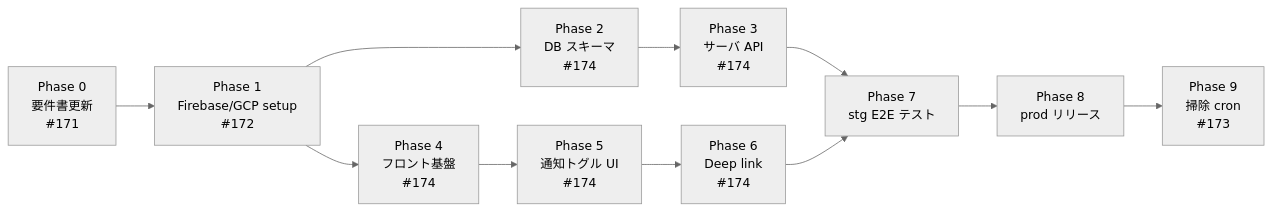
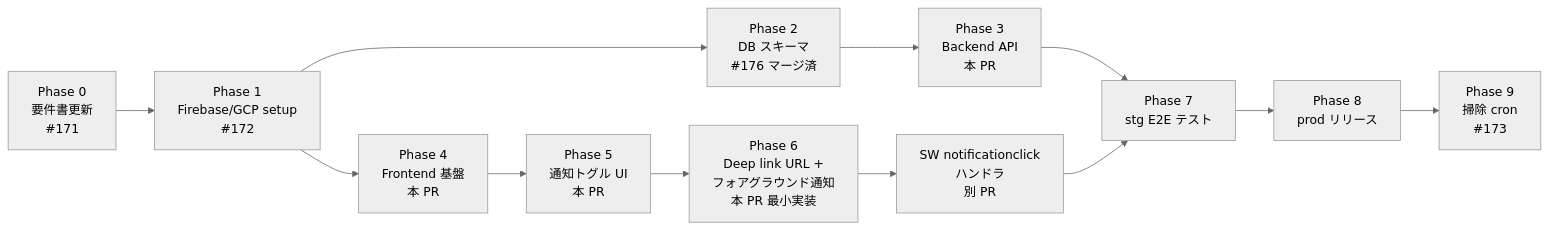
One commit to tabi-bit/tabi-share changed the diagram in docs/memo/notification_roadmap.md. Above: the diagram before and after it, drawn with Mermaid (neutral theme). The commit also changed other lines of this file and 4 other files, not shown here.

````diff
--- a/docs/memo/notification_roadmap.md
+++ b/docs/memo/notification_roadmap.md
@@ -10,13 +10,14 @@
 ```mermaid
 graph LR
     P0[Phase 0<br/>要件書更新<br/>#171] --> P1[Phase 1<br/>Firebase/GCP setup<br/>#172]
-    P1 --> P2[Phase 2<br/>DB スキーマ<br/>#174]
-    P2 --> P3[Phase 3<br/>サーバ API<br/>#174]
-    P1 --> P4[Phase 4<br/>フロント基盤<br/>#174]
-    P4 --> P5[Phase 5<br/>通知トグル UI<br/>#174]
-    P5 --> P6[Phase 6<br/>Deep link<br/>#174]
+    P1 --> P2[Phase 2<br/>DB スキーマ<br/>#176 マージ済]
+    P2 --> P3[Phase 3<br/>Backend API<br/>本 PR]
+    P1 --> P4[Phase 4<br/>Frontend 基盤<br/>本 PR]
+    P4 --> P5[Phase 5<br/>通知トグル UI<br/>本 PR]
+    P5 --> P6[Phase 6<br/>Deep link URL +<br/>フォアグラウンド通知<br/>本 PR 最小実装]
+    P6 --> P6b[SW notificationclick<br/>ハンドラ<br/>別 PR]
     P3 --> P7[Phase 7<br/>stg E2E テスト]
-    P6 --> P7
+    P6b --> P7
     P7 --> P8[Phase 8<br/>prod リリース]
     P8 --> P9[Phase 9<br/>掃除 cron<br/>#173]
 ```
````
